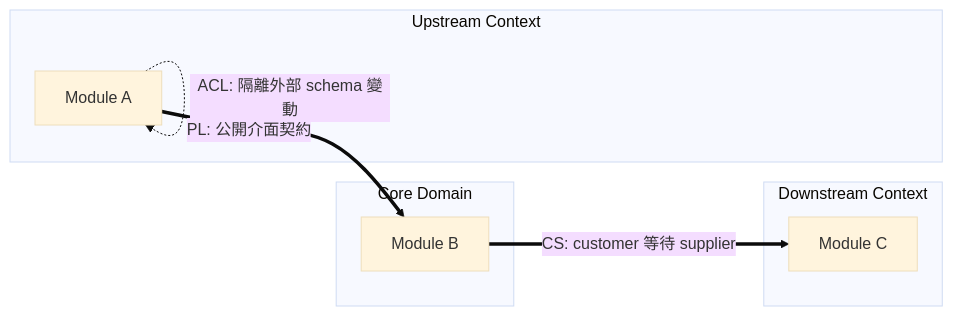
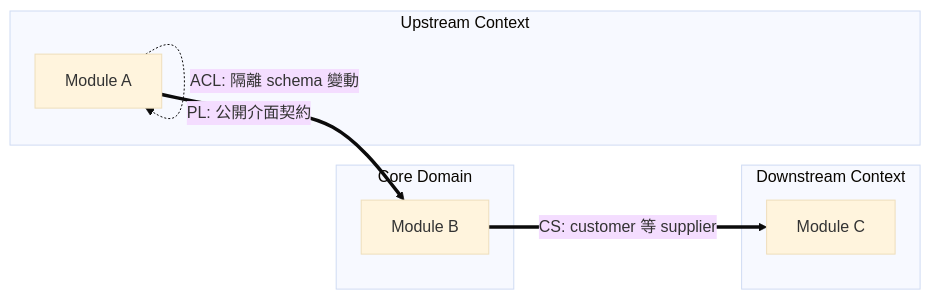
The fourth of 7 diagrams in VibeCoding_Workflow_Templates/05_architecture_and_design_document.md (Zenobia000/Quantitative_Trading), drawn with Mermaid (base theme) before and after one commit. The commit also changed other lines of this file and 2 other files, not shown here.

First line of the commit message:
docs(VibeCoding): upgrade template 05 to v3.0 — modern architecture dimensions

````diff
--- a/VibeCoding_Workflow_Templates/05_architecture_and_design_document.md
+++ b/VibeCoding_Workflow_Templates/05_architecture_and_design_document.md
@@ -227,18 +221,18 @@
 ```mermaid
 graph LR
     subgraph upstream_ctx["Upstream Context"]
         U[Module A]
     end
 
     subgraph core_ctx["Core Domain"]
         C[Module B]
     end
 
     subgraph downstream_ctx["Downstream Context"]
         D[Module C]
     end
 
     U ==>|"PL: 公開介面契約"| C
-    C ==>|"CS: customer 等待 supplier"| D
-    U -.->|"ACL: 隔離外部 schema 變動"| U
+    C ==>|"CS: customer 等 supplier"| D
+    U -.->|"ACL: 隔離 schema 變動"| U
 ```
````
